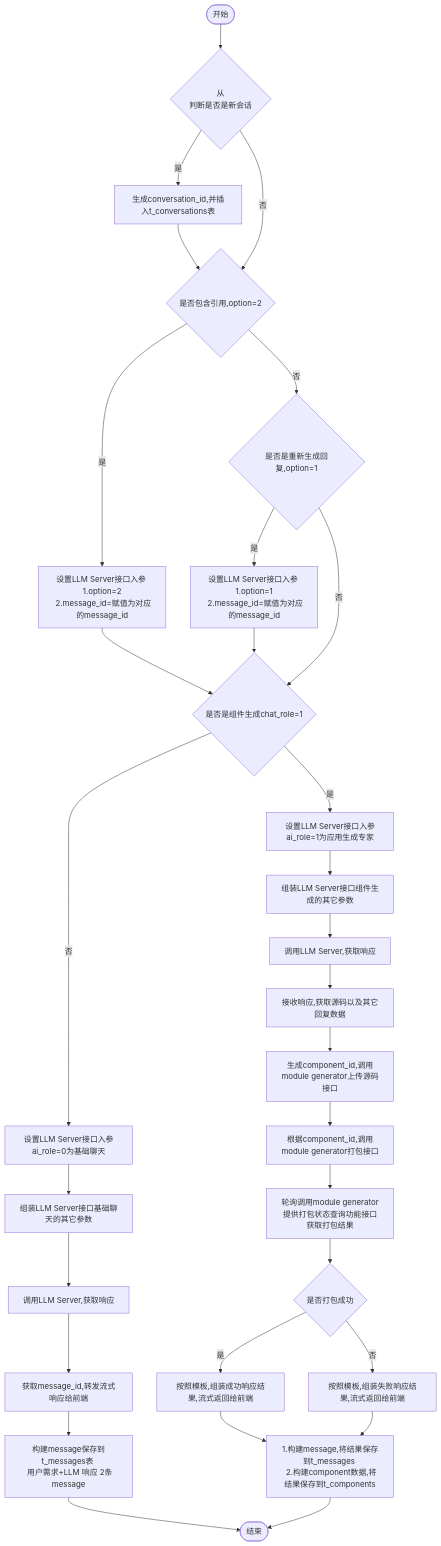
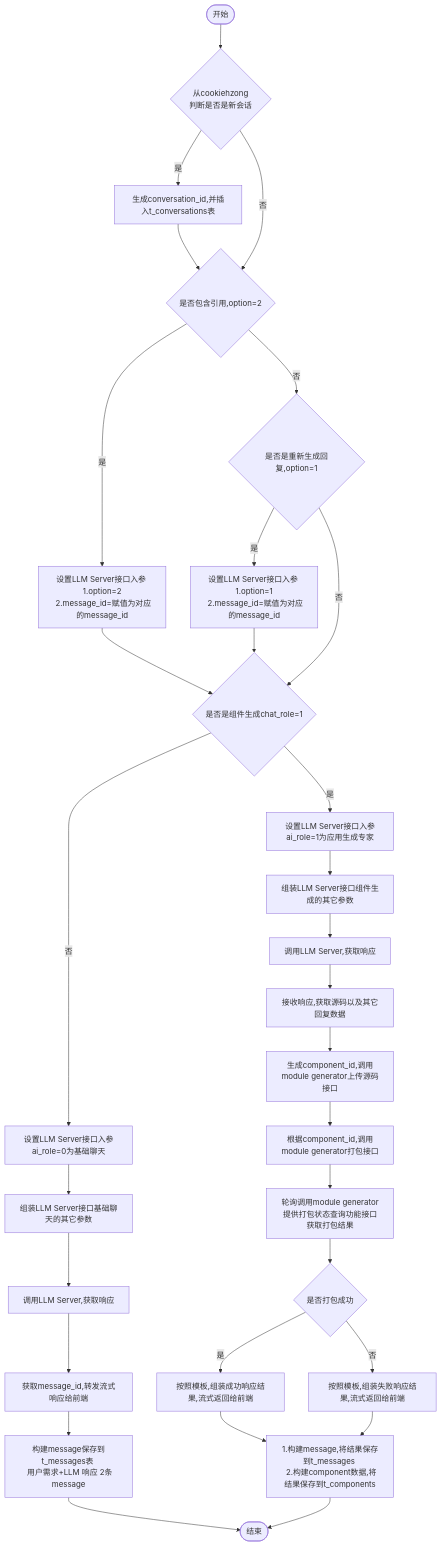
Before and after one commit to yingjianzh/iodraw-files: the diagram in all/w3-会话-不需要传递message.md, drawn with Mermaid.

Commit message:
2024-10-15 14:12:49 update

````diff
--- a/all/w3-会话-不需要传递message.md
+++ b/all/w3-会话-不需要传递message.md
@@ -1,36 +1,36 @@
 ```mermaid
 flowchart TD
-    A([开始]) --> B{从 \n 判断是否是新会话}
+    A([开始]) --> B{从cookiehzong  \n 判断是否是新会话}
     B -- 是 --> C[生成conversation_id,并插入t_conversations表]
     C --> D
     B -- 否 --> D{是否包含引用,option=2}
     D -- 是 --> E[设置LLM Server接口入参 \n 1.option=2 \n 2.message_id=赋值为对应的message_id]
     D -- 否 --> F{是否是重新生成回复,option=1}
     F -- 是 --> G[设置LLM Server接口入参 \n 1.option=1 \n 2.message_id=赋值为对应的message_id]
     F -- 否 --> I
      
     E & G --> I{是否是组件生成chat_role=1}
     I -- 否 --> K[设置LLM Server接口入参ai_role=0为基础聊天]
     I -- 是 --> J[设置LLM Server接口入参ai_role=1为应用生成专家]
     
 
     J --> L[组装LLM Server接口组件生成的其它参数]    
     K --> M[组装LLM Server接口基础聊天的其它参数]    
     M --> N[调用LLM Server,获取响应]    
     N --> O[获取message_id,转发流式响应给前端]
     O --> P[构建message保存到t_messages表 \n 用户需求+LLM 响应 2条message]
     P --> R([结束])
 
 
     L --> S[调用LLM Server,获取响应]
     S --> T[接收响应,获取源码以及其它回复数据]
     T --> U[生成component_id,调用module generator上传源码接口]
     U --> V[根据component_id,调用module generator打包接口]
     V --> W[轮询调用module generator提供打包状态查询功能接口获取打包结果]
     W --> X{是否打包成功}
     X -- 是 --> Y[按照模板,组装成功响应结果,流式返回给前端]
     X -- 否 --> Z[按照模板,组装失败响应结果,流式返回给前端]
 
     Y & Z --> Result[1.构建message,将结果保存到t_messages \n 2.构建component数据,将结果保存到t_components]
     Result --> R
 ```
````
